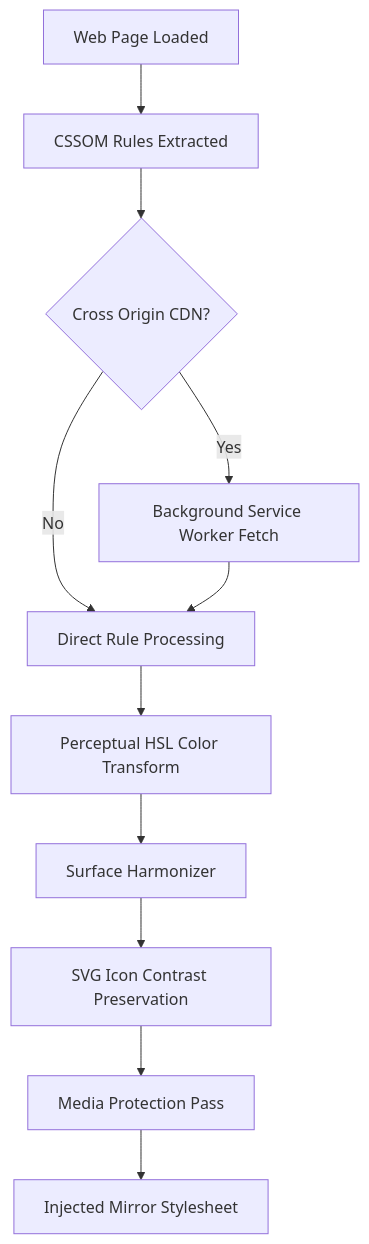
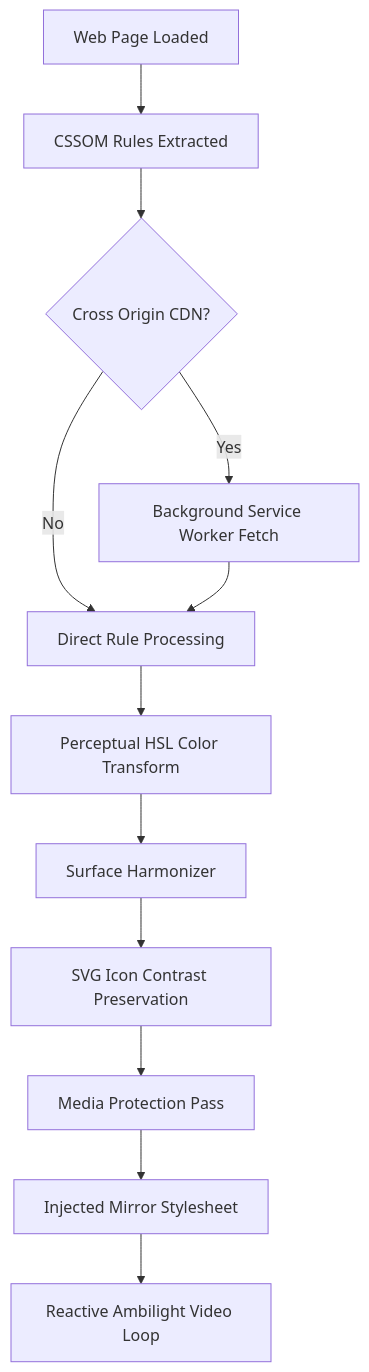
One commit to ticker-01/smart-dark-mode changed the diagram in README.md. Above: the diagram before and after it, drawn with Mermaid. The commit also changed other lines of this file and 11 other files, not shown here.

Commit message:
Release v0.2.0: Reactive Video Ambilight cinema mode

````diff
--- a/README.md
+++ b/README.md
@@ -21,13 +31,14 @@
 ```mermaid
 flowchart TD
     A["Web Page Loaded"] --> B["CSSOM Rules Extracted"]
     B --> C{"Cross Origin CDN?"}
     C -->|Yes| D["Background Service Worker Fetch"]
     C -->|No| E["Direct Rule Processing"]
     D --> E
     E --> F["Perceptual HSL Color Transform"]
     F --> G["Surface Harmonizer"]
     G --> H["SVG Icon Contrast Preservation"]
     H --> I["Media Protection Pass"]
     I --> J["Injected Mirror Stylesheet"]
+    J --> K["Reactive Ambilight Video Loop"]
 ```
````
